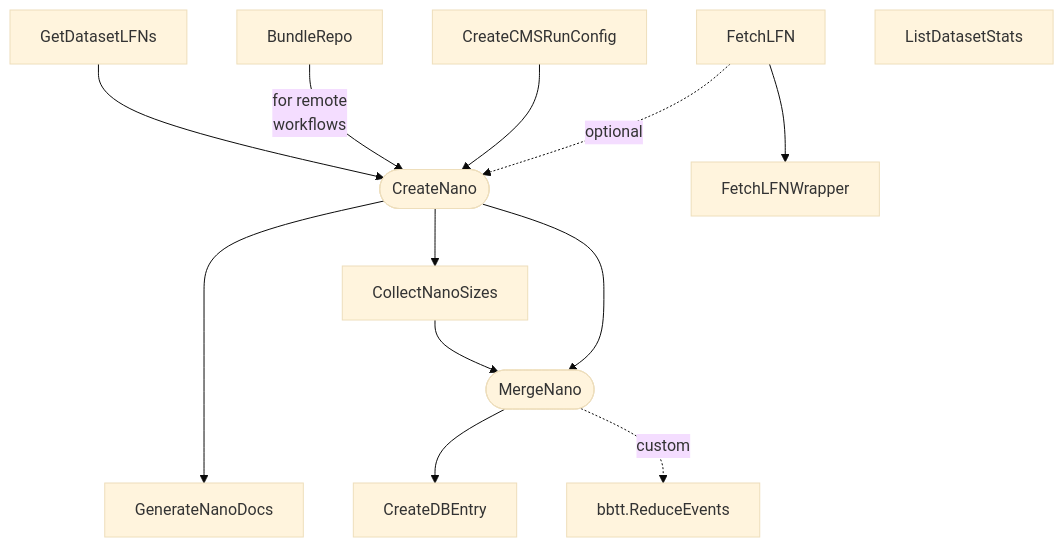
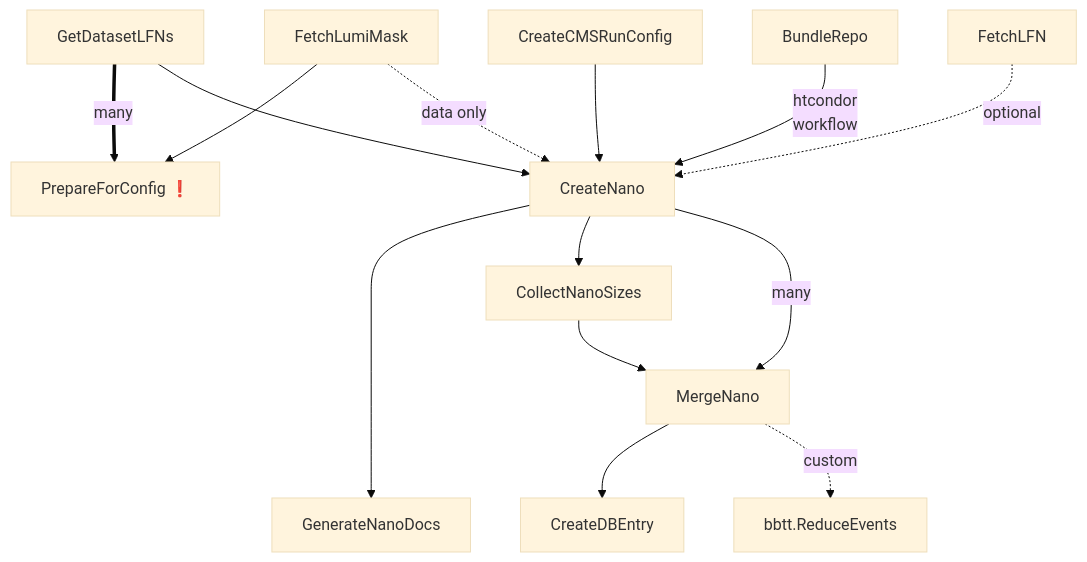
One commit to uhh-cms/nanogen changed the diagram in README.md. Above: the diagram before and after it, drawn with Mermaid (base theme). The commit also changed other lines of this file and 16 other files, not shown here.

Commit message:
Lumi masks for data, add prepare task.

````diff
--- a/README.md
+++ b/README.md
@@ -18,17 +18,16 @@
 ```mermaid
 flowchart TD
-    CN([CreateNano])
-    MN([MergeNano])
-    GetDatasetLFNs --> CN
-    BundleRepo -- for remote<br />workflows --> CN
-    CreateCMSRunConfig --> CN
-    FetchLFN -. optional .-> CN
-    FetchLFN --> FetchLFNWrapper
-    CN ----> GenerateNanoDocs
-    CN --> CollectNanoSizes
-    CollectNanoSizes --> MN
-    CN --> MN
-    MN --> CreateDBEntry
-    MN -. custom .-> bbtt.ReduceEvents
-    ListDatasetStats
+  FetchLumiMask --> PrepareForConfig
+  GetDatasetLFNs == many ==> PrepareForConfig["PrepareForConfig ❗️"]
+  GetDatasetLFNs --> CreateNano
+  CreateCMSRunConfig --> CreateNano
+  BundleRepo -- htcondor<br />workflow --> CreateNano
+  FetchLFN -. optional .-> CreateNano
+  FetchLumiMask -. data only .-> CreateNano
+  CreateNano ----> GenerateNanoDocs
+  CreateNano --> CollectNanoSizes
+  CollectNanoSizes --> MergeNano
+  CreateNano -- many --> MergeNano
+  MergeNano --> CreateDBEntry
+  MergeNano -. custom .-> bbtt.ReduceEvents
 ```
````
